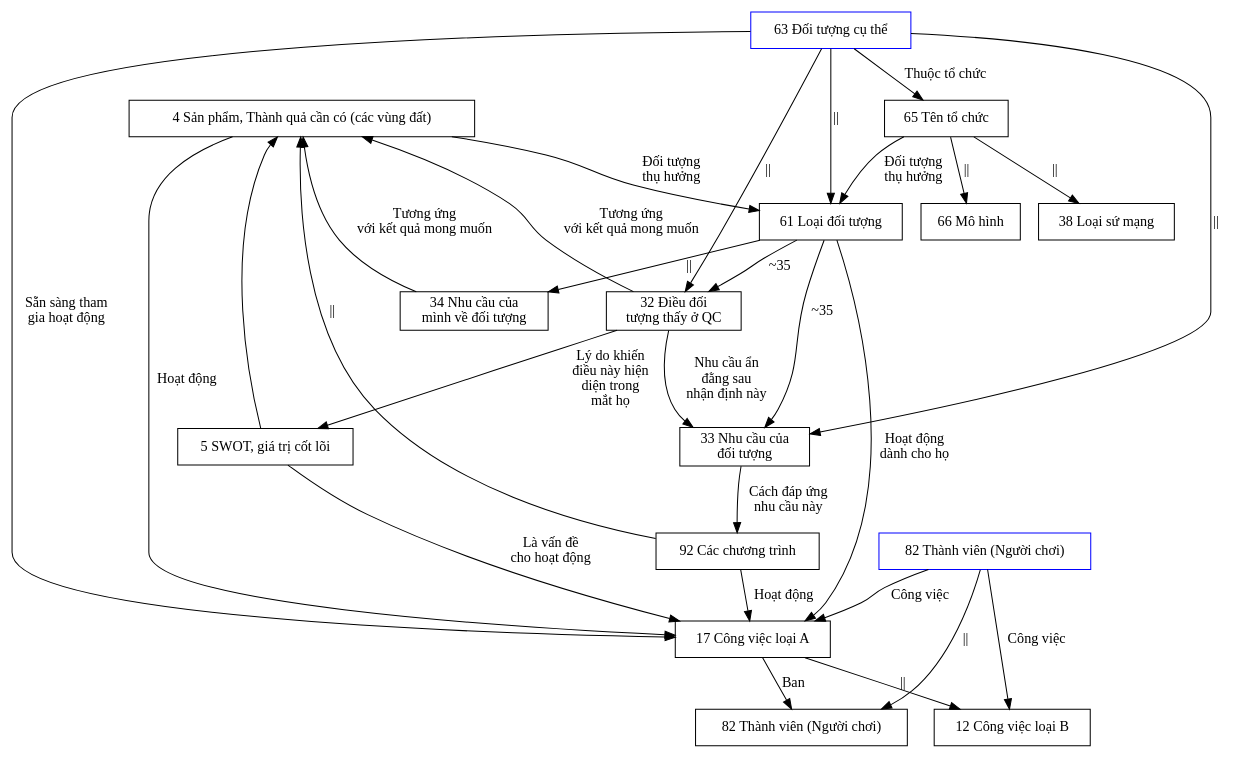
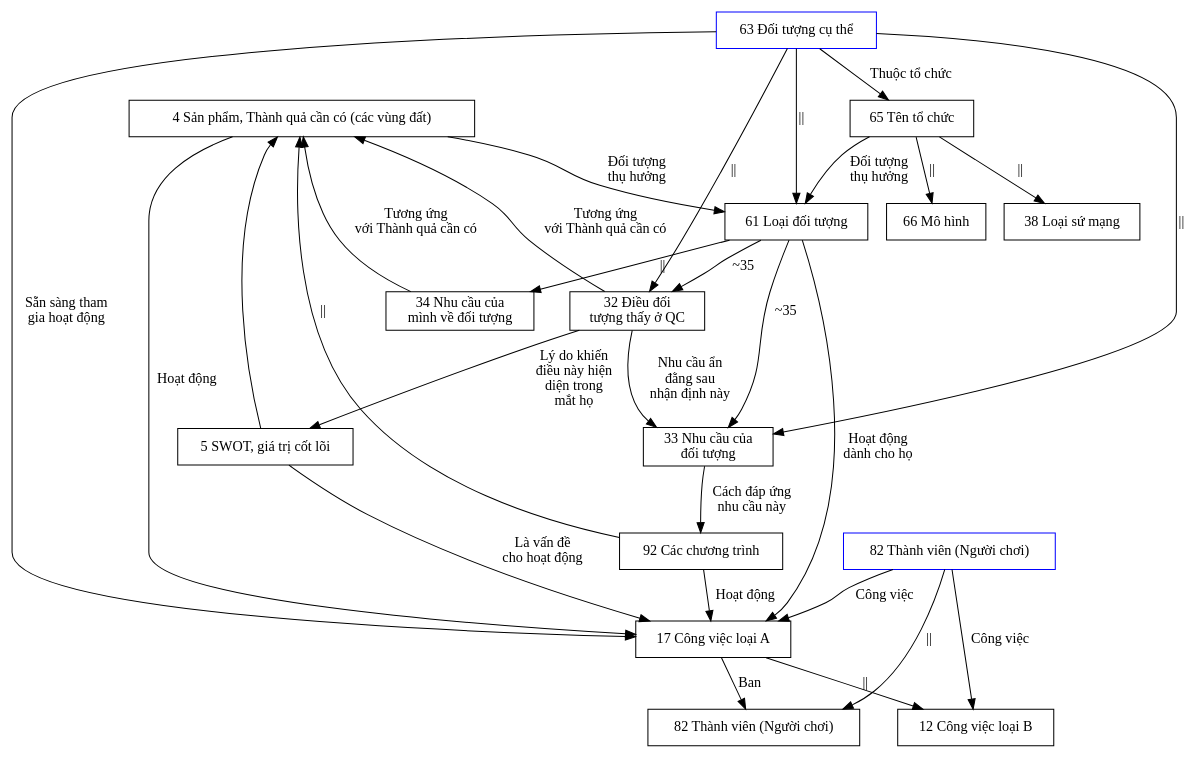
The first of 2 diagrams in 9 Tài liệu khác/91 Phần mềm/912 Tính năng/9123 Cấp độ vault/Lược đồ dữ liệu.md (QuaCau-TheSphere/LandofSpheres), drawn with Graphviz before and after one commit. The commit also changed other lines of this file and 410 other files, not shown here.

````diff
--- a/9 Tài liệu khác/91 Phần mềm/912 Tính năng/9123 Cấp độ vault/Lược đồ dữ liệu.md
+++ b/9 Tài liệu khác/91 Phần mềm/912 Tính năng/9123 Cấp độ vault/Lược đồ dữ liệu.md
@@ -5,55 +5,55 @@
 ```dot
 digraph {
 overlap = scale
 //overlap = false;
 splines = true
 
 node [shape=round] 
 2 [label="4 Sản phẩm, Thành quả cần có (các vùng đất)"] 
 4 [label="5 SWOT, giá trị cốt lõi"] 
 
 11 [label="17 Công việc loại A"] 
 12 [label="12 Công việc loại B"] 
 
 31 [label="61 Loại đối tượng"] 
 32 [label="32 Điều đối\ntượng thấy ở QC"] 
 33 [label="33 Nhu cầu của\nđối tượng"] 
 34 [label="34 Nhu cầu của\nmình về đối tượng"] 
 35 [label="63 Đối tượng cụ thể" color=blue] 
 36 [label="65 Tên tổ chức"] 
 37 [label="66 Mô hình"] 
 38 [label="38 Loại sứ mạng"] 
 
 61 [label="82 Thành viên (Người chơi)"] 
 62 [label="82 Thành viên (Người chơi)" color=blue] 
 
 92 [label="92 Các chương trình"]
 
 35 -> {31,32, 33} [label="||" ]
 31 -> {32} [label="~35"] 
 31 -> 33 [label="~35"] 
 31 -> 34 [label="||"] 
 32 -> 4 [label="Lý do khiến\nđiều này hiện\ndiện trong\nmắt họ"] 
 32 -> 33 [label="Nhu cầu ẩn\nđằng sau\nnhận định này"] 
-{34, 32} -> 2 [label="Tương ứng\nvới kết quả mong muốn" ] 
+{34, 32} -> 2 [label="Tương ứng\nvới Thành quả cần có" ] 
 35 -> 36 [label="Thuộc tổ chức"]
 36 -> {37, 38} [label="||"]
 36 -> 31 [label="Đối tượng\nthụ hưởng"]
 33 -> 92 [label="Cách đáp ứng\nnhu cầu này"]
 92 -> 11 [label="Hoạt động"]
 
 35 -> 11 [label="Sẵn sàng tham\ngia hoạt động"]
 31 -> 11 [label="Hoạt động\ndành cho họ"]
 2 -> 11 [label="Hoạt động"] 
 2 -> 31 [label="Đối tượng\nthụ hưởng"]
 4 -> 11 [label="Là vấn đề\ncho hoạt động"]
 92 -> 2 [label="||"]
 4 -> 2
 
 11 -> 12 [label="||"]
 11 -> 61 [label="Ban"]
 
 62 -> {11, 12} [label="Công việc"]
 62 -> 61 [label="||"]
 }
 ```
````
